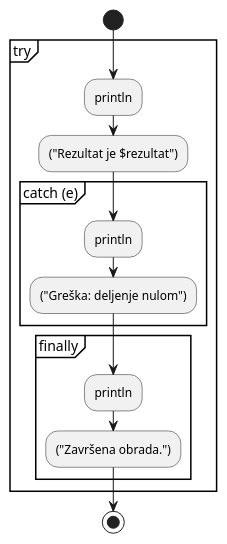
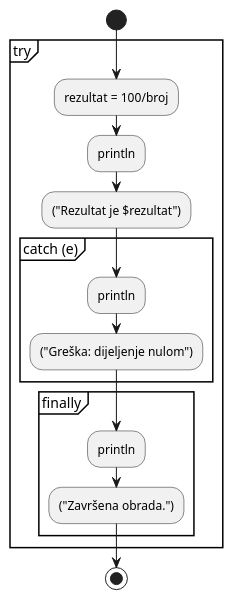
One commit to valentinasubotic/prevodjenjeKotlinKoda_u_UMLDijagramAktivnosti changed the diagram in output/testtryfull.puml. Above: the diagram before and after it, drawn with PlantUML. The commit also changed 8 other files, not shown here.

```diff
--- a/output/testtryfull.puml
+++ b/output/testtryfull.puml
@@ -1,17 +1,17 @@
 @startuml
 start
 group try
+:rezultat = 100/broj;
 :println;
 :("Rezultat je $rezultat");
 group catch (e)
 :println;
-:("Greška: deljenje nulom");
+:("Greška: dijeljenje nulom");
 end group
 group finally
 :println;
 :("Završena obrada.");
 end group
 end group
 stop
-
 @enduml
```
